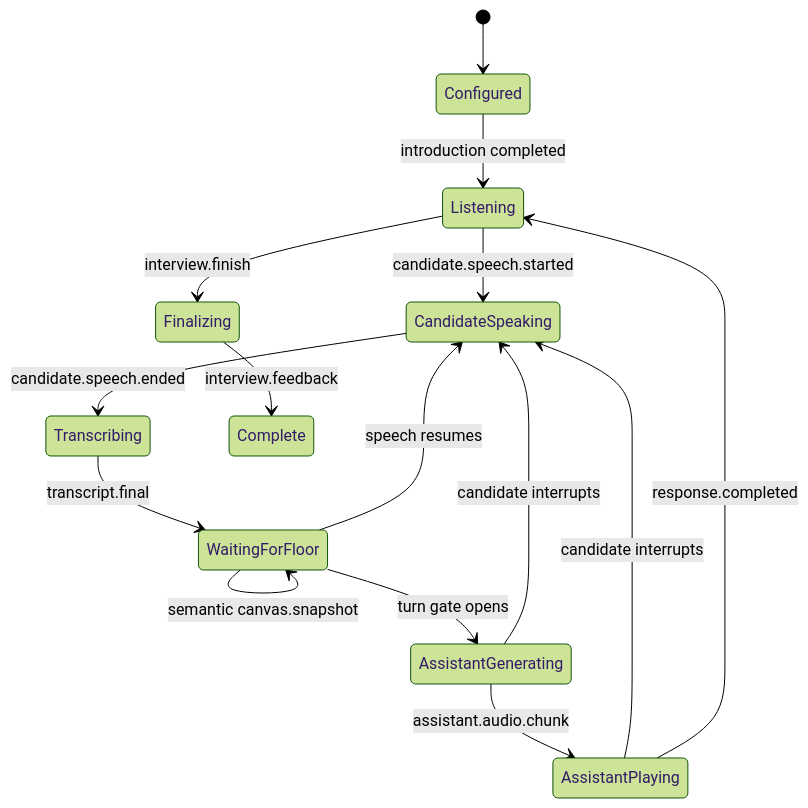
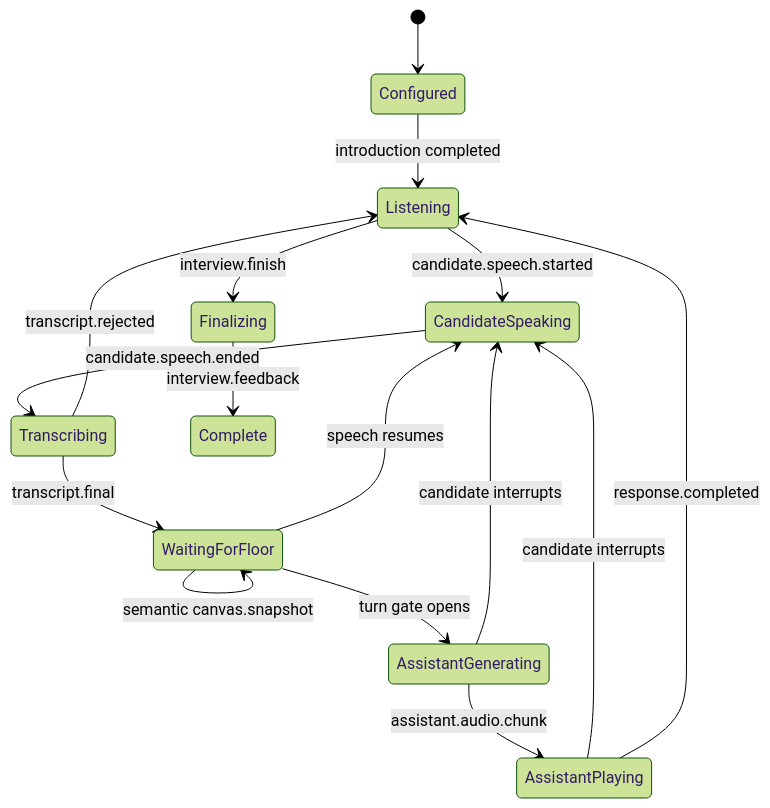
Before and after one commit to manupatel007/system-design-ai-interview: the diagram in docs/EVENT_PROTOCOL.md, drawn with Mermaid (forest theme). The commit also changed other lines of this file and 15 other files, not shown here.

````diff
--- a/docs/EVENT_PROTOCOL.md
+++ b/docs/EVENT_PROTOCOL.md
@@ -233,17 +234,18 @@
 ```mermaid
 stateDiagram-v2
     [*] --> Configured
     Configured --> Listening: introduction completed
     Listening --> CandidateSpeaking: candidate.speech.started
     CandidateSpeaking --> Transcribing: candidate.speech.ended
+    Transcribing --> Listening: transcript.rejected
     Transcribing --> WaitingForFloor: transcript.final
     WaitingForFloor --> CandidateSpeaking: speech resumes
     WaitingForFloor --> WaitingForFloor: semantic canvas.snapshot
     WaitingForFloor --> AssistantGenerating: turn gate opens
     AssistantGenerating --> AssistantPlaying: assistant.audio.chunk
     AssistantGenerating --> CandidateSpeaking: candidate interrupts
     AssistantPlaying --> CandidateSpeaking: candidate interrupts
     AssistantPlaying --> Listening: response.completed
     Listening --> Finalizing: interview.finish
     Finalizing --> Complete: interview.feedback
 ```
````
